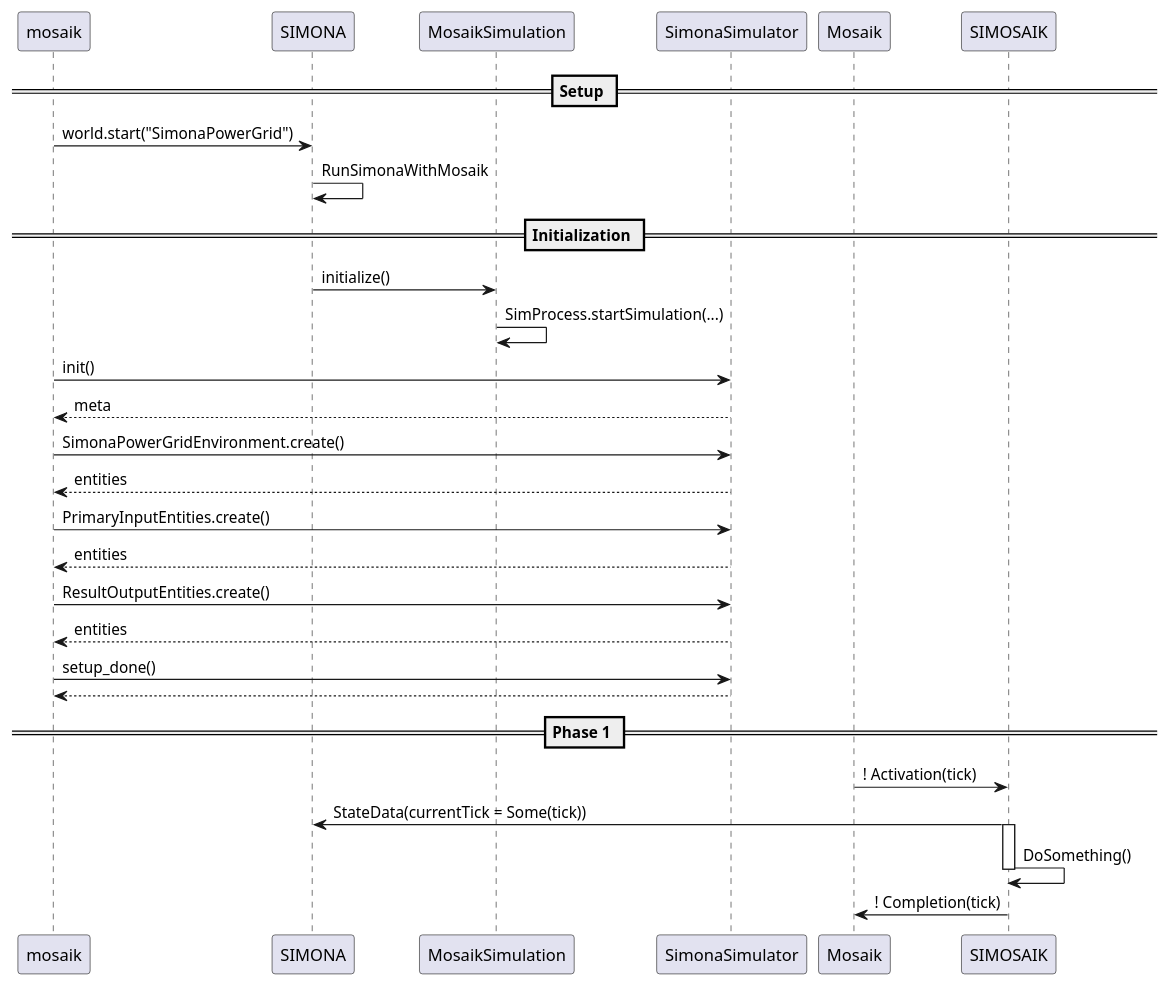
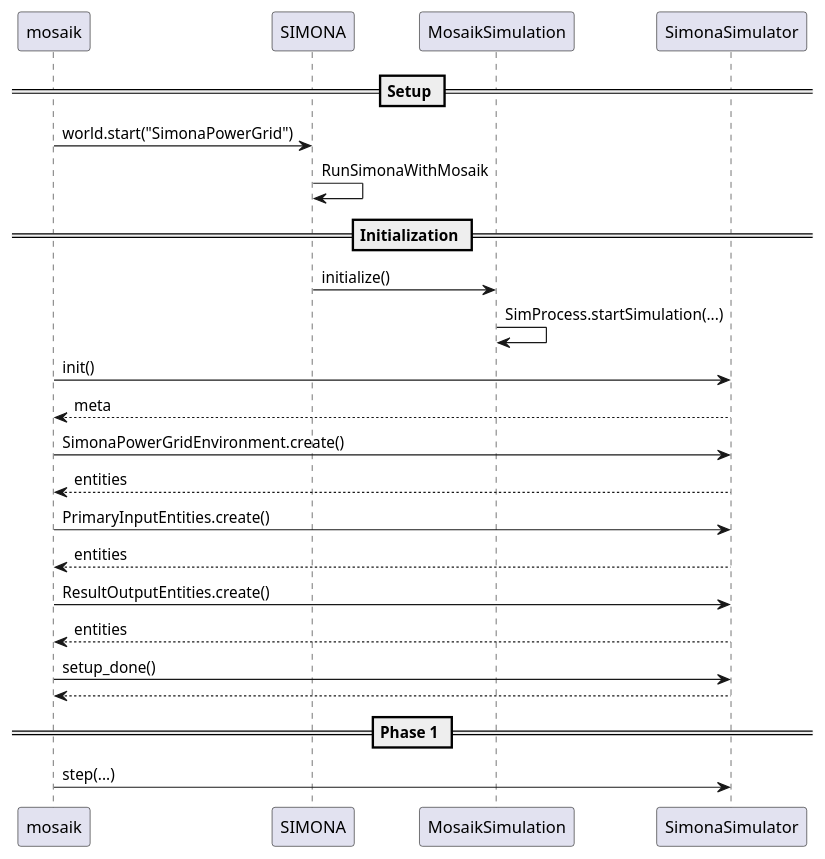
The diagram in docs/protocol/SIMONA-mosaik-protocol.puml (ie3-institute/simosaik), drawn with PlantUML before and after one commit. The commit also changed 8 other files, not shown here.

```diff
--- a/docs/protocol/SIMONA-mosaik-protocol.puml
+++ b/docs/protocol/SIMONA-mosaik-protocol.puml
@@ -1,40 +1,32 @@
 @startuml
 
 == Setup ==
 
 mosaik -> SIMONA: world.start("SimonaPowerGrid")
 SIMONA -> SIMONA: RunSimonaWithMosaik
 
 == Initialization ==
 
 SIMONA -> MosaikSimulation: initialize()
 MosaikSimulation -> MosaikSimulation: SimProcess.startSimulation(...)
 
 mosaik -> SimonaSimulator: init()
 SimonaSimulator --> mosaik: meta
 
 mosaik -> SimonaSimulator: SimonaPowerGridEnvironment.create()
 SimonaSimulator --> mosaik: entities
 
 mosaik -> SimonaSimulator: PrimaryInputEntities.create()
 SimonaSimulator --> mosaik: entities
 
 mosaik -> SimonaSimulator: ResultOutputEntities.create()
 SimonaSimulator --> mosaik: entities
 
 mosaik -> SimonaSimulator: setup_done()
 SimonaSimulator --> mosaik
 
 == Phase 1 ==
-Mosaik -> SIMOSAIK: ! Activation(tick)
-SIMOSAIK -> SIMONA: StateData(currentTick = Some(tick))
+mosaik -> SimonaSimulator: step(...)
 
-activate SIMOSAIK
-
-SIMOSAIK -> SIMOSAIK: DoSomething()
-
-deactivate SIMOSAIK
-
-SIMOSAIK -> Mosaik: ! Completion(tick)
 
 @enduml
```
